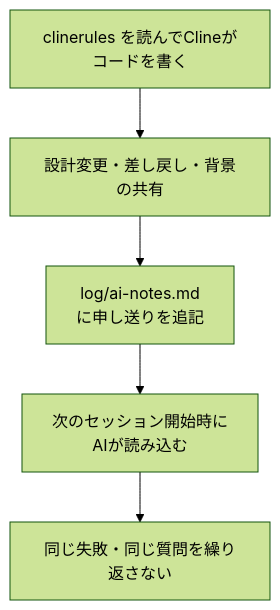
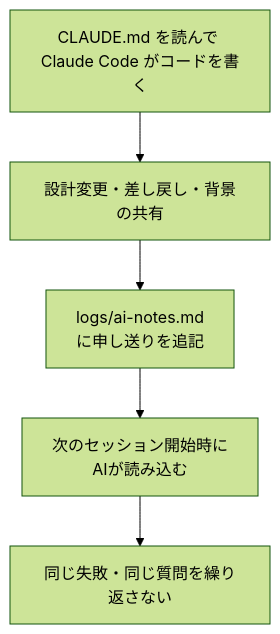
The third of 7 diagrams in docs/QUALITY_FEEDBACK_LOOP.md (shinkawamisaki/gcp-base), drawn with Mermaid (forest theme) before and after one commit. The commit also changed other lines of this file and 4 other files, not shown here.

First line of the commit message:
chore: Claude Code ガードレールを project-23378 から本番へ反映

````diff
--- a/docs/QUALITY_FEEDBACK_LOOP.md
+++ b/docs/QUALITY_FEEDBACK_LOOP.md
@@ -63,10 +65,10 @@
 ```mermaid
 flowchart TD
-    CODE["clinerules を読んでClineがコードを書く"]
+    CODE["CLAUDE.md を読んで Claude Code がコードを書く"]
     EVENT["設計変更・差し戻し・背景の共有"]
-    NOTES["log/ai-notes.md<br>に申し送りを追記"]
+    NOTES["logs/ai-notes.md<br>に申し送りを追記"]
     NEXT["次のセッション開始時に<br>AIが読み込む"]
     RESULT["同じ失敗・同じ質問を繰り返さない"]
 
     CODE --> EVENT --> NOTES --> NEXT --> RESULT
 ```
````
